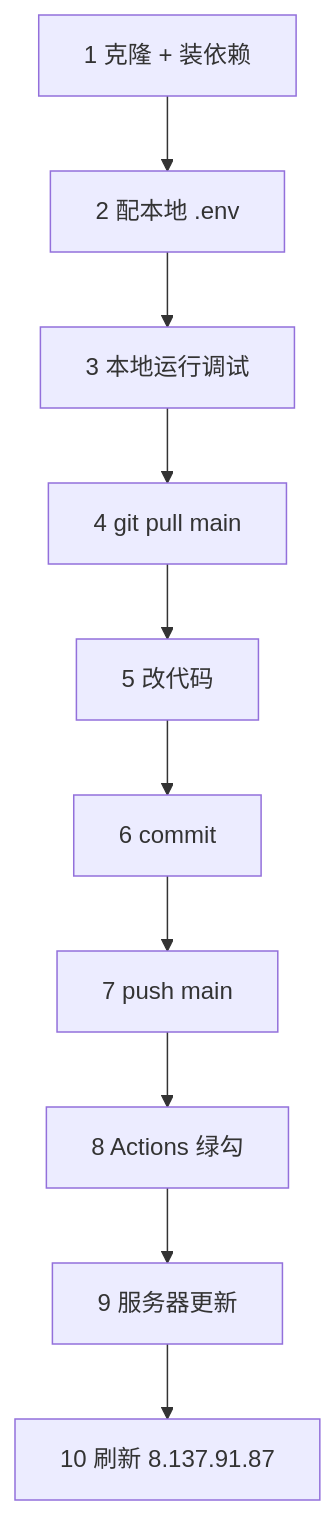
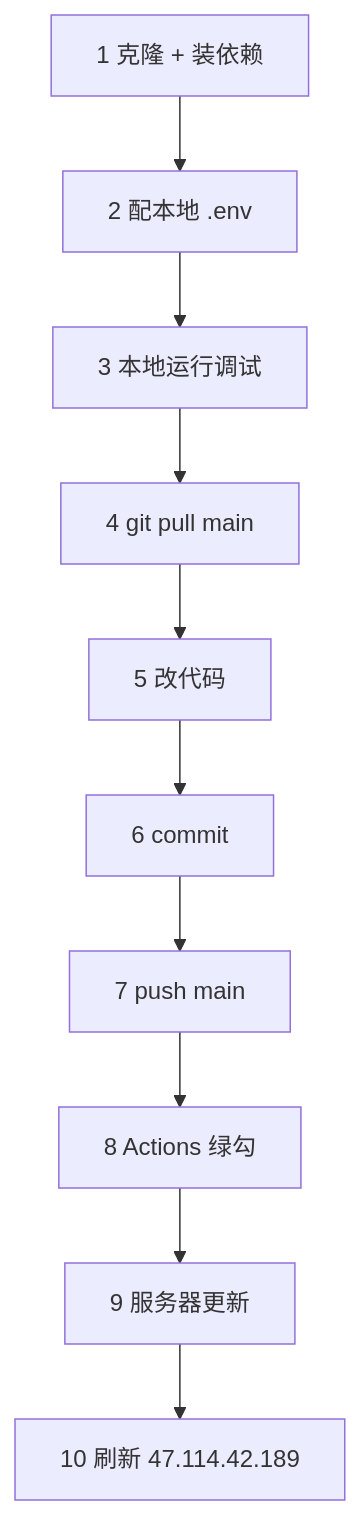
Before and after one commit to T-an-H/first-ancient: the fourth of 6 diagrams in 更新公告与共创者上传教程/更新与协作教程.md, drawn with Mermaid. The commit also changed other lines of this file and 3 other files, not shown here.

````diff
--- a/更新公告与共创者上传教程/更新与协作教程.md
+++ b/更新公告与共创者上传教程/更新与协作教程.md
@@ -117,12 +117,12 @@
 ```mermaid
 flowchart TD
   C["1 克隆 + 装依赖"] --> E["2 配本地 .env"]
   E --> R["3 本地运行调试"]
   R --> PL["4 git pull main"]
   PL --> ED["5 改代码"]
   ED --> CM["6 commit"]
   CM --> PS["7 push main"]
   PS --> AC["8 Actions 绿勾"]
   AC --> UP["9 服务器更新"]
-  UP --> VW["10 刷新 8.137.91.87"]
+  UP --> VW["10 刷新 47.114.42.189"]
 ```
````
